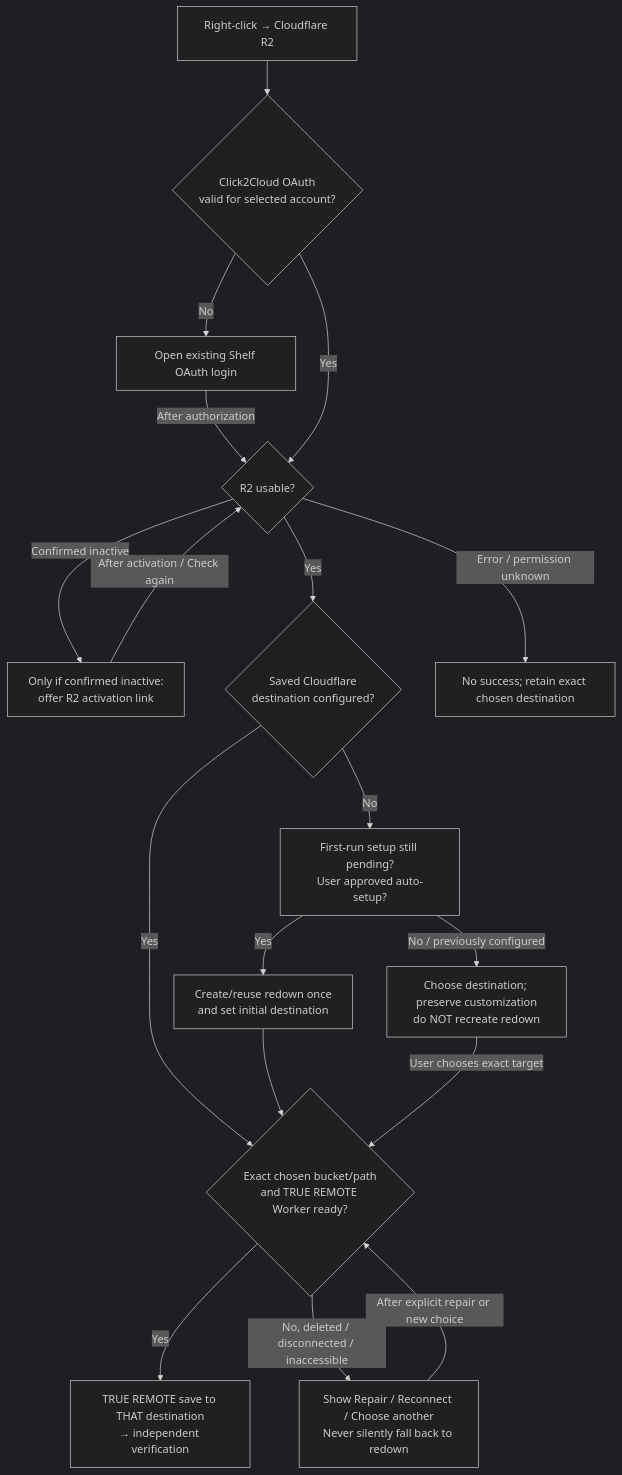
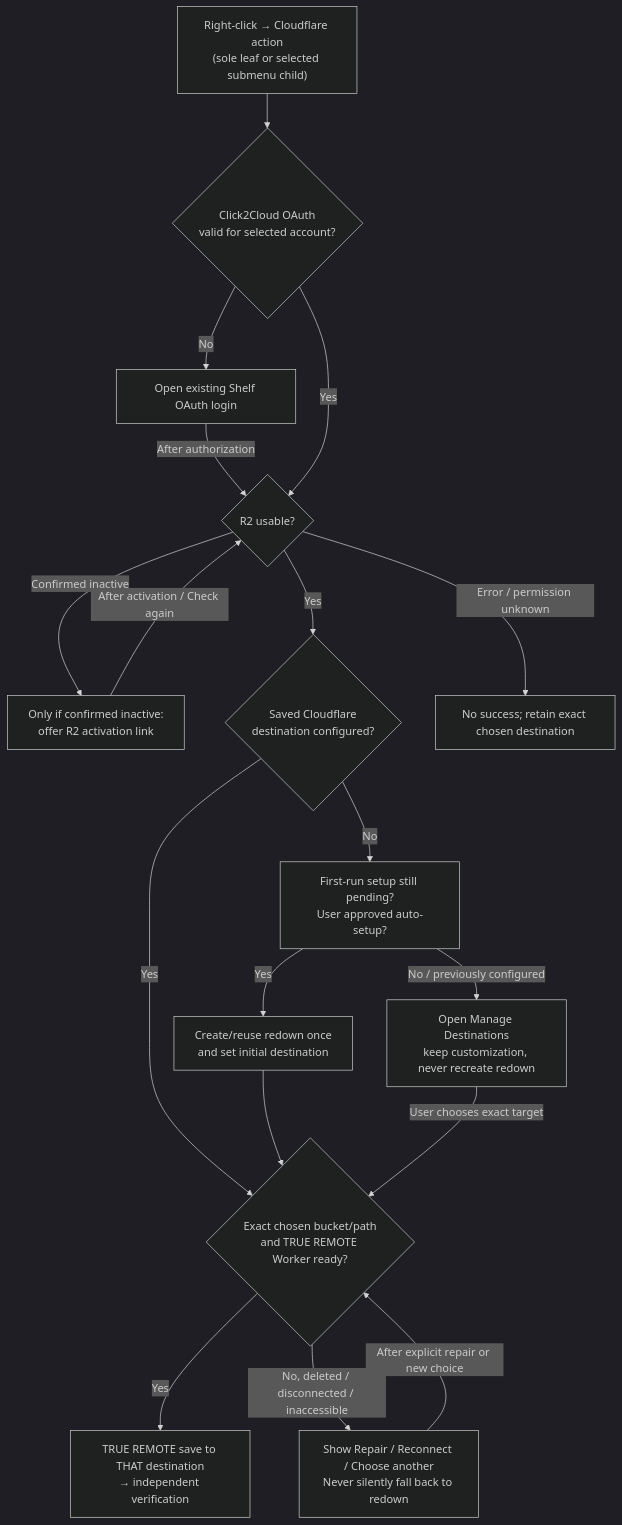
The second of 5 diagrams in foundations/cloudflare/README.md (thanks-cohn/Click2Cloud), drawn with Mermaid (dark theme) before and after one commit. The commit also changed other lines of this file, not shown here.

Commit message:
docs: align Cloudflare diagrams, zero-target routing and visibility precedence

````diff
--- a/foundations/cloudflare/README.md
+++ b/foundations/cloudflare/README.md
@@ -66,34 +66,34 @@
 ```mermaid
 flowchart TD
-    A["Right-click → Cloudflare R2"]
+    A["Right-click → Cloudflare action<br/>(sole leaf or selected submenu child)"]
     B{"Click2Cloud OAuth<br/>valid for selected account?"}
     C["Open existing Shelf OAuth login"]
     D{"R2 usable?"}
     E["Only if confirmed inactive:<br/>offer R2 activation link"]
     F{"Saved Cloudflare<br/>destination configured?"}
     G{"Exact chosen bucket/path<br/>and TRUE REMOTE Worker ready?"}
     H["TRUE REMOTE save to THAT destination<br/>→ independent verification"]
     I["First-run setup still pending?<br/>User approved auto-setup?"]
     J["Create/reuse redown once<br/>and set initial destination"]
-    K["Choose destination; preserve customization<br/>do NOT recreate redown"]
+    K["Open Manage Destinations<br/>keep customization, never recreate redown"]
     L["Show Repair / Reconnect / Choose another<br/>Never silently fall back to redown"]
     M["No success; retain exact chosen destination"]
 
     A --> B
     B -- "No" --> C
     C -- "After authorization" --> D
     B -- "Yes" --> D
     D -- "Yes" --> F
     D -- "Confirmed inactive" --> E
     E -- "After activation / Check again" --> D
     D -- "Error / permission unknown" --> M
     F -- "Yes" --> G
     F -- "No" --> I
     I -- "Yes" --> J
     I -- "No / previously configured" --> K
     J --> G
     K -- "User chooses exact target" --> G
     G -- "Yes" --> H
     G -- "No, deleted / disconnected / inaccessible" --> L
     L -- "After explicit repair or new choice" --> G
 ```
````
